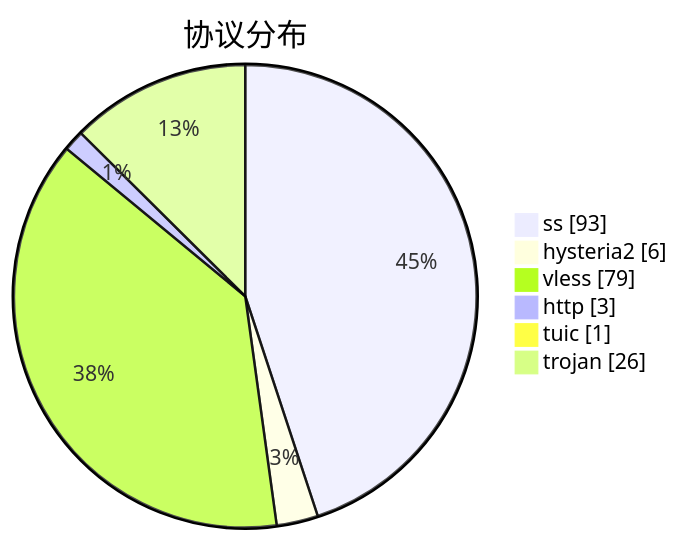
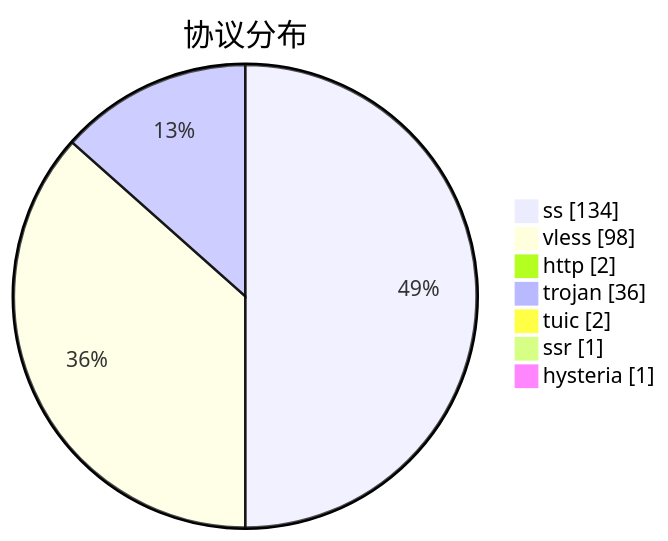
The third of 3 diagrams in subs/statistics/tested_within.md (qjlxg/airport), drawn with Mermaid before and after one commit. The commit also changed other lines of this file and 2 other files, not shown here.

````diff
--- a/subs/statistics/tested_within.md
+++ b/subs/statistics/tested_within.md
@@ -29,10 +31,11 @@
 ```mermaid
 pie showData
 title 协议分布
-"ss" : 93
-"hysteria2" : 6
-"vless" : 79
-"http" : 3
-"tuic" : 1
-"trojan" : 26
+"ss" : 134
+"vless" : 98
+"http" : 2
+"trojan" : 36
+"tuic" : 2
+"ssr" : 1
+"hysteria" : 1
 ```
````
